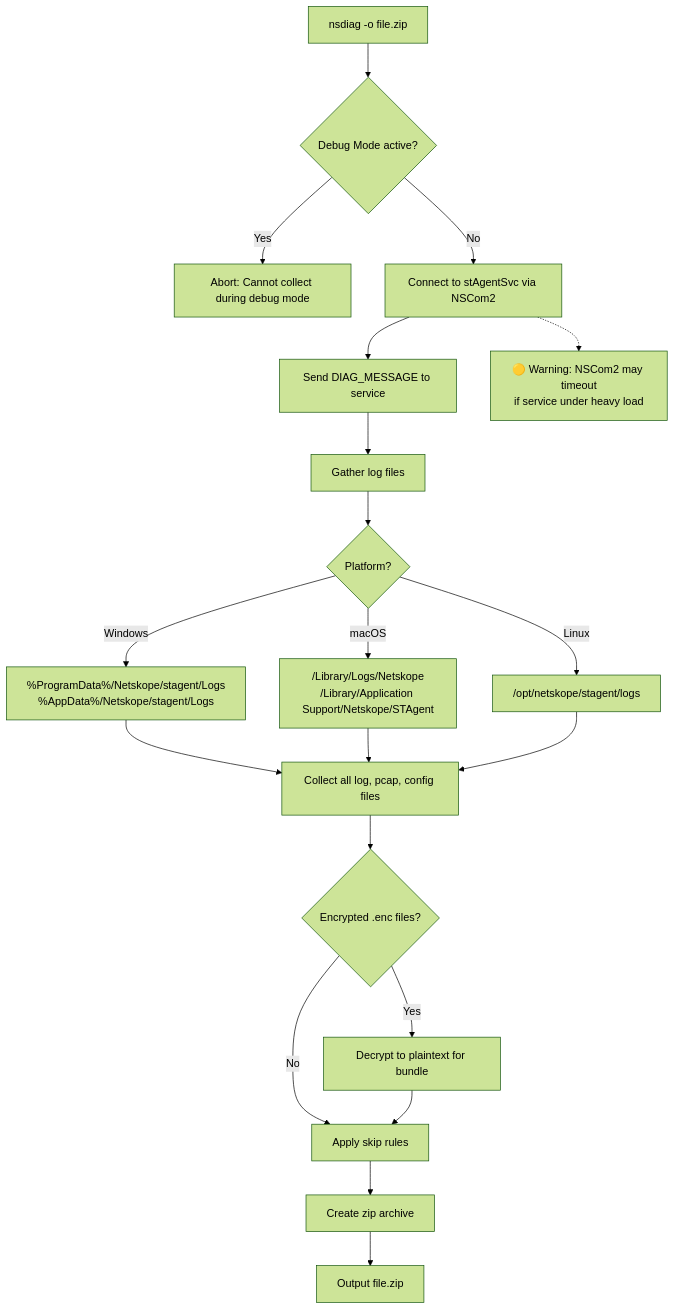
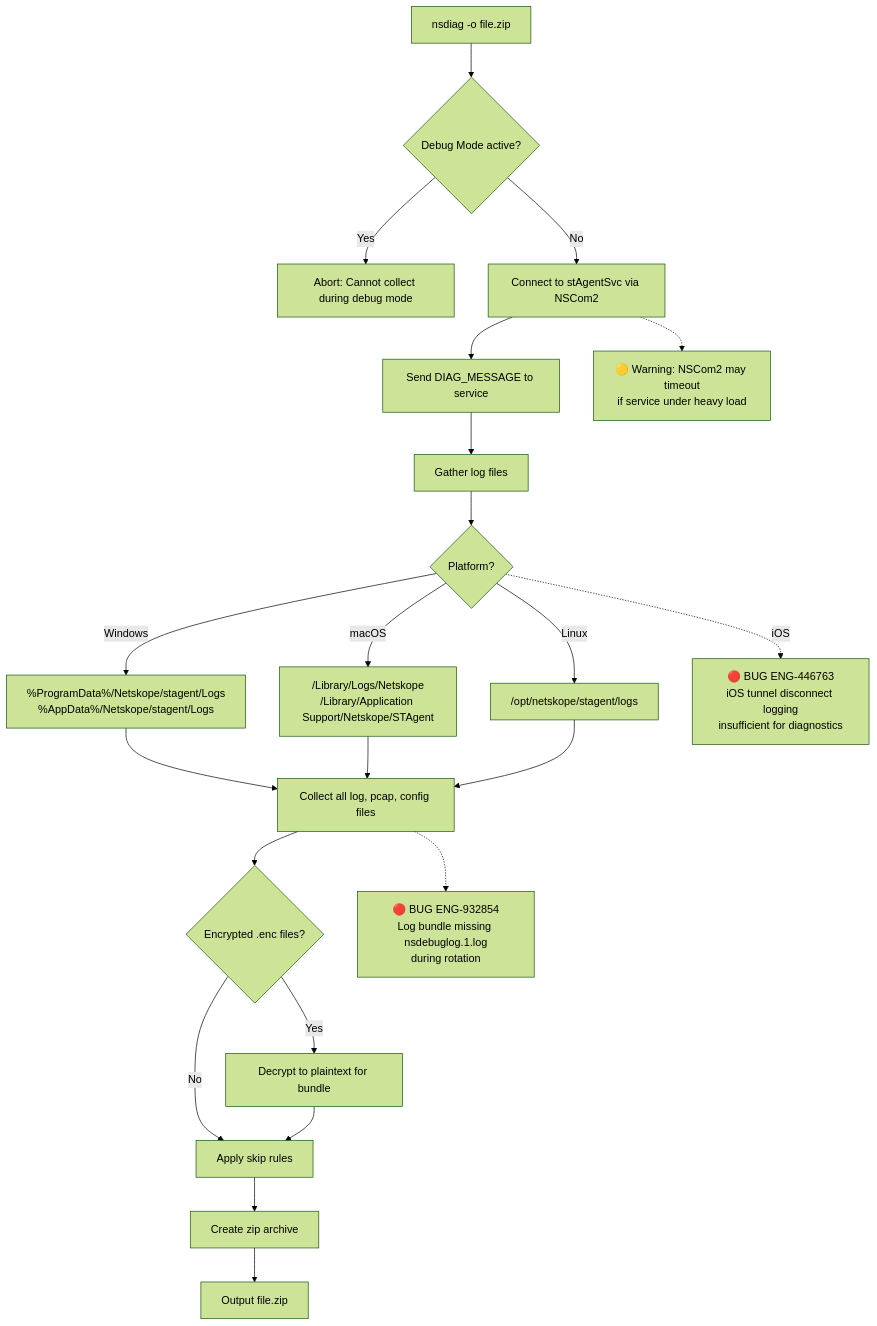
Before and after one commit to ns-klin/endpoint_system_test_plan: the third of 10 diagrams in chapters/20_supportability.md, drawn with Mermaid (forest theme). The commit also changed other lines of this file and 26 other files, not shown here.

First line of the commit message:
Add 87 bugs from Excel enrichment and integrate into mermaid diagrams

````diff
--- a/chapters/20_supportability.md
+++ b/chapters/20_supportability.md
@@ -174,28 +174,34 @@
 ```mermaid
 flowchart TD
     START[nsdiag -o file.zip] --> CHECK{Debug Mode active?}
     CHECK -->|Yes| ABORT[Abort: Cannot collect during debug mode]
     CHECK -->|No| CONNECT[Connect to stAgentSvc via NSCom2]
     CONNECT --> DIAG[Send DIAG_MESSAGE to service]
     DIAG --> GATHER[Gather log files]
 
     GATHER --> WIN_LOGS{Platform?}
     WIN_LOGS -->|Windows| W1["%ProgramData%/Netskope/stagent/Logs<br/>%AppData%/Netskope/stagent/Logs"]
     WIN_LOGS -->|macOS| M1["/Library/Logs/Netskope<br/>/Library/Application Support/Netskope/STAgent"]
     WIN_LOGS -->|Linux| L1["/opt/netskope/stagent/logs"]
 
     W1 --> COLLECT
     M1 --> COLLECT
     L1 --> COLLECT
 
     COLLECT[Collect all log, pcap, config files] --> DECRYPT{Encrypted .enc files?}
     DECRYPT -->|Yes| DEC_FILE[Decrypt to plaintext for bundle]
     DECRYPT -->|No| SKIP_CHECK
     DEC_FILE --> SKIP_CHECK
 
     SKIP_CHECK[Apply skip rules] --> ZIP[Create zip archive]
     ZIP --> DONE[Output file.zip]
 
     RISK_CONNECT["🟡 Warning: NSCom2 may timeout<br/>if service under heavy load"]
     CONNECT -.-> RISK_CONNECT
+
+    BUG_LOGROTATE["🔴 BUG ENG-932854<br/>Log bundle missing nsdebuglog.1.log<br/>during rotation"]
+    COLLECT -.-> BUG_LOGROTATE
+
+    BUG_IOSLOG["🔴 BUG ENG-446763<br/>iOS tunnel disconnect logging<br/>insufficient for diagnostics"]
+    WIN_LOGS -.->|iOS| BUG_IOSLOG
 ```
````
